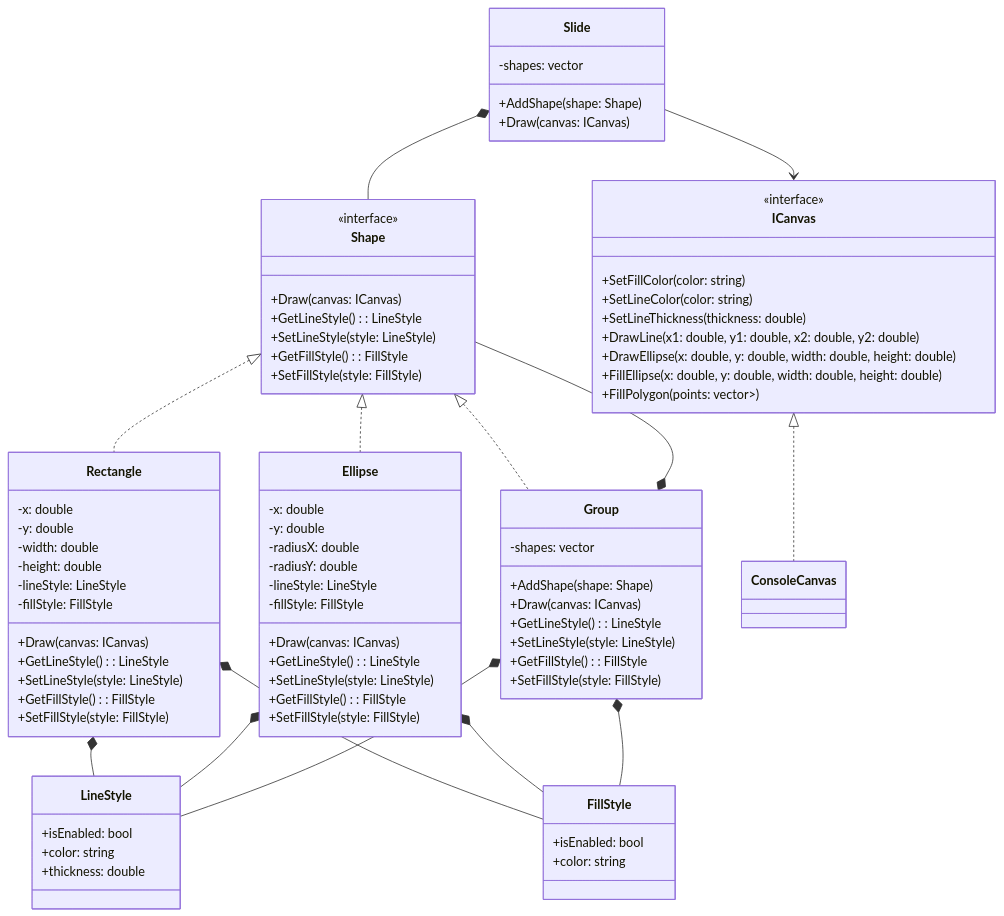
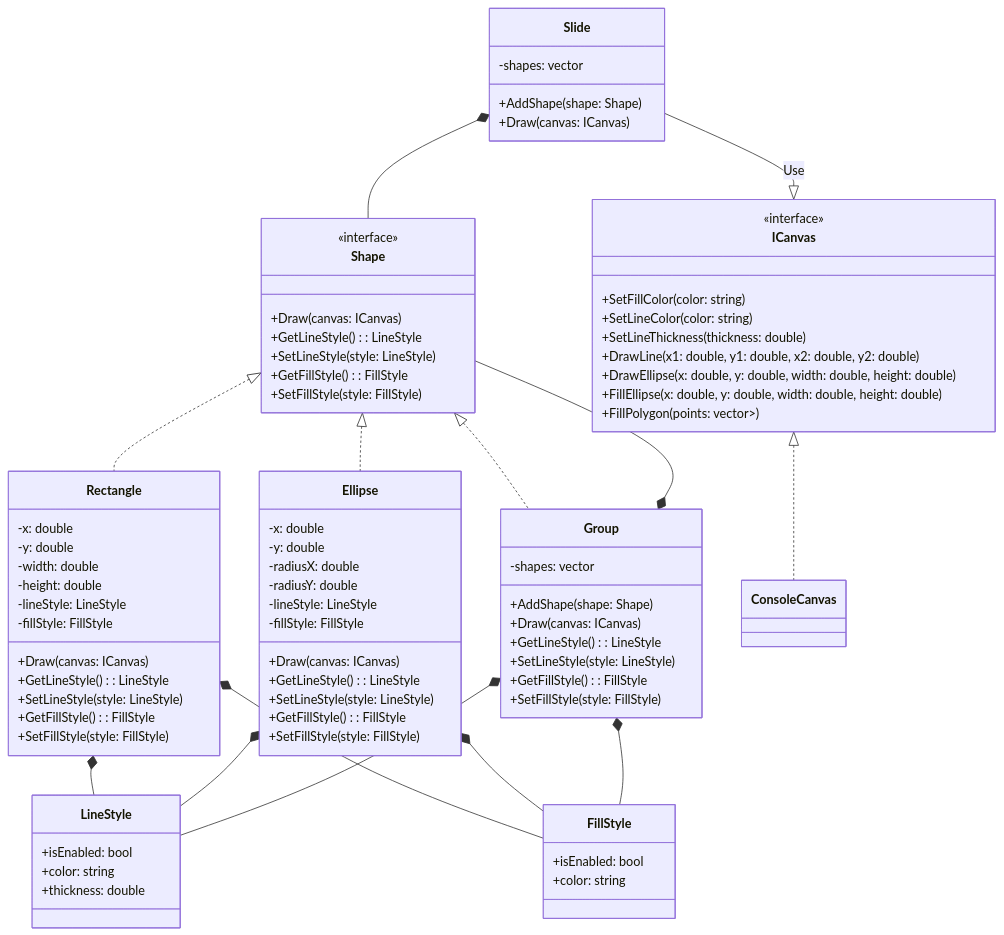
The diagram in 7/uml.md (Thehedgeh0g/OODLabs), drawn with Mermaid before and after one commit. The commit also changed 13 other files, not shown here.

````diff
--- a/7/uml.md
+++ b/7/uml.md
@@ -87,6 +87,5 @@
     Ellipse *-- FillStyle
     Group *-- LineStyle
     Group *-- FillStyle
-    Slide --> ICanvas
-
+    Slide --|> ICanvas : Use
 ```
````
